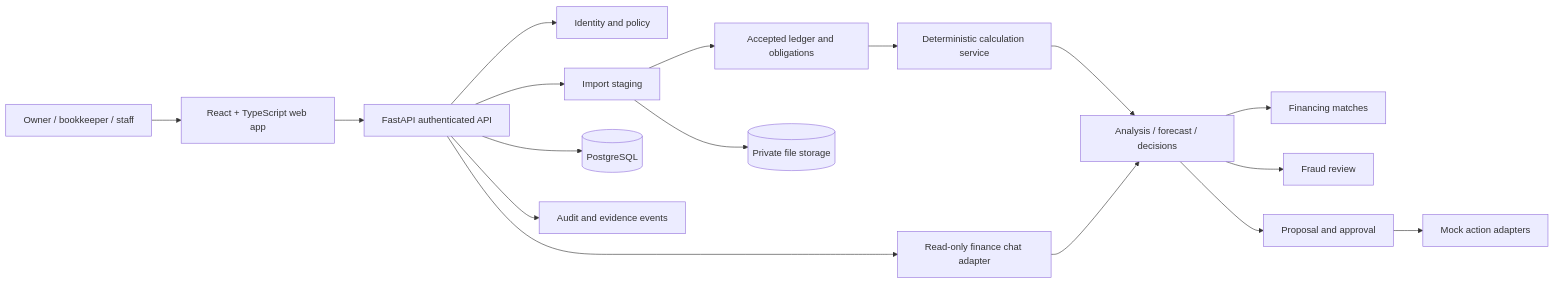
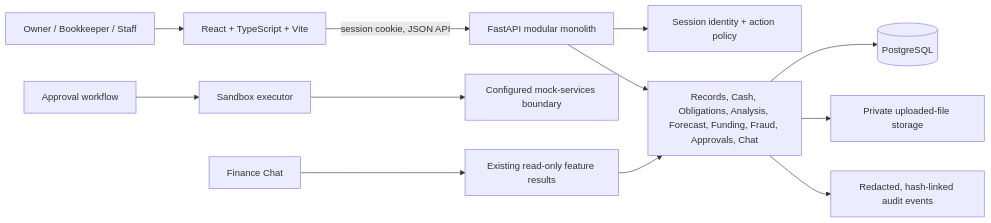
Before and after one commit to Raihri/CoinCaddy: the diagram in technical_documentation.md, drawn with Mermaid. The commit also changed other lines of this file and 2 other files, not shown here.

Commit message:
Document implemented architecture and security controls

````diff
--- a/technical_documentation.md
+++ b/technical_documentation.md
@@ -15,19 +19,14 @@
 ```mermaid
 flowchart LR
-    U[Owner / bookkeeper / staff] --> W[React + TypeScript web app]
-    W --> A[FastAPI authenticated API]
-    A --> P[Identity and policy]
-    A --> I[Import staging]
-    I --> L[Accepted ledger and obligations]
-    L --> C[Deterministic calculation service]
-    C --> D[Analysis / forecast / decisions]
-    D --> M[Financing matches]
-    D --> F[Fraud review]
-    A --> O[(PostgreSQL)]
-    I --> S[(Private file storage)]
-    D --> Q[Proposal and approval]
-    Q --> X[Mock action adapters]
-    A --> E[Audit and evidence events]
-    A --> AI[Read-only finance chat adapter]
-    AI --> D
+  U[Owner / Bookkeeper / Staff] --> FE[React + TypeScript + Vite]
+  FE -->|session cookie, JSON API| API[FastAPI modular monolith]
+  API --> ID[Session identity + action policy]
+  API --> MOD[Records, Cash, Obligations, Analysis, Forecast, Funding, Fraud, Approvals, Chat]
+  MOD --> DB[(PostgreSQL)]
+  MOD --> FS[Private uploaded-file storage]
+  MOD --> AUD[Redacted, hash-linked audit events]
+  AP[Approval workflow] --> EX[Sandbox executor]
+  EX --> MS[Configured mock-services boundary]
+  CH[Finance Chat] --> READ[Existing read-only feature results]
+  READ --> MOD
 ```
````
